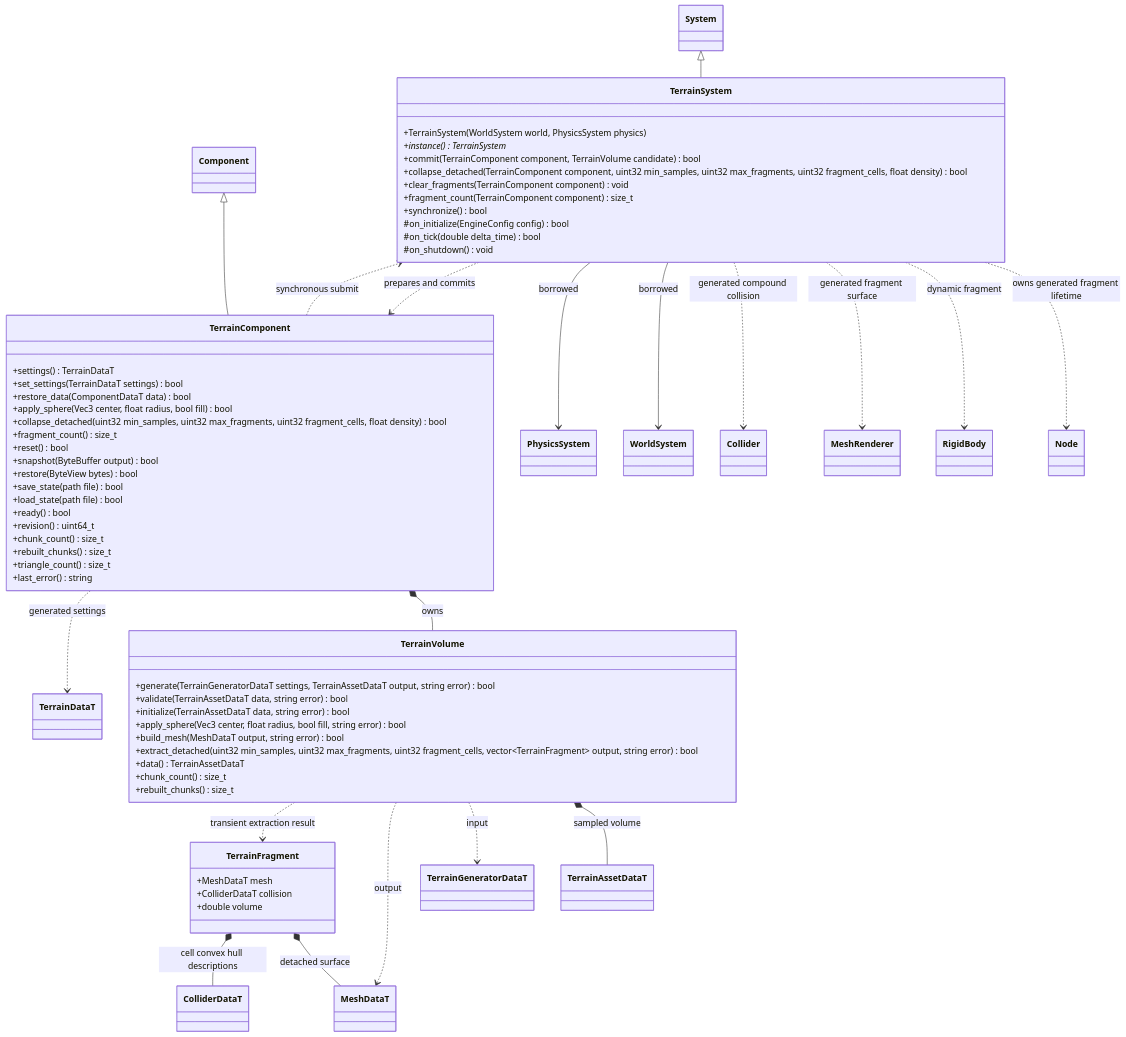
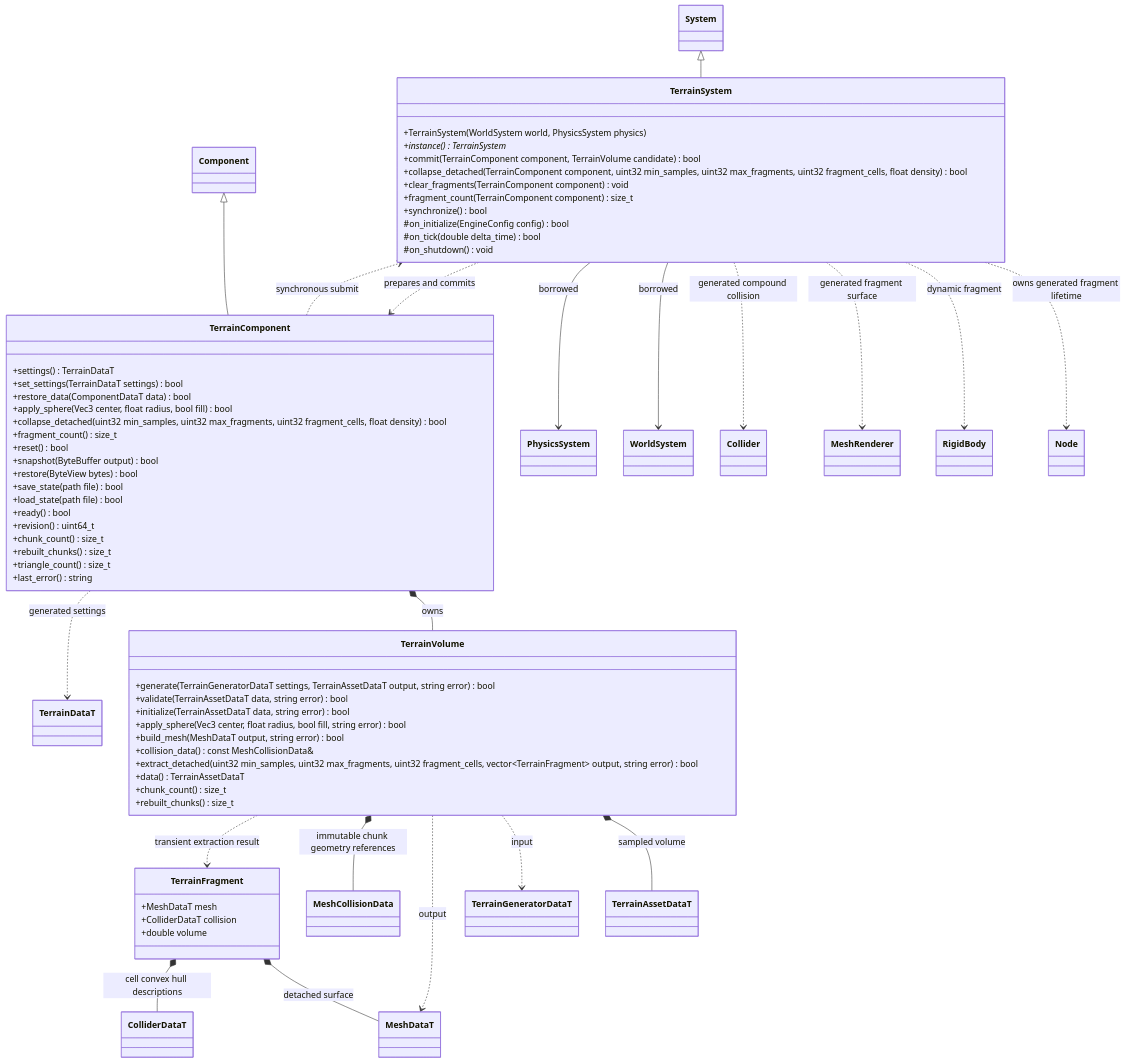
The diagram in docs/plugins/runtime/class-diagrams/terrain.md (lcals/Engine), drawn with Mermaid before and after one commit. The commit also changed other lines of this file and 82 other files, not shown here.

First line of the commit message:
perf(physics): reuse terrain collision shapes and record profiling baseline

````diff
--- a/docs/plugins/runtime/class-diagrams/terrain.md
+++ b/docs/plugins/runtime/class-diagrams/terrain.md
@@ -7,76 +7,78 @@
 ```mermaid
 classDiagram
 class System
 class Component
 class WorldSystem
 class PhysicsSystem
 class TerrainGeneratorDataT
 class TerrainAssetDataT
 class TerrainDataT
 class MeshDataT
 class TerrainFragment {
 +MeshDataT mesh
 +ColliderDataT collision
 +double volume
 }
 class TerrainVolume {
 +generate(TerrainGeneratorDataT settings, TerrainAssetDataT output, string error) bool
 +validate(TerrainAssetDataT data, string error) bool
 +initialize(TerrainAssetDataT data, string error) bool
 +apply_sphere(Vec3 center, float radius, bool fill, string error) bool
 +build_mesh(MeshDataT output, string error) bool
++collision_data() const MeshCollisionData&
 +extract_detached(uint32 min_samples, uint32 max_fragments, uint32 fragment_cells, vector~TerrainFragment~ output, string error) bool
 +data() TerrainAssetDataT
 +chunk_count() size_t
 +rebuilt_chunks() size_t
 }
 class TerrainComponent {
 +settings() TerrainDataT
 +set_settings(TerrainDataT settings) bool
 +restore_data(ComponentDataT data) bool
 +apply_sphere(Vec3 center, float radius, bool fill) bool
 +collapse_detached(uint32 min_samples, uint32 max_fragments, uint32 fragment_cells, float density) bool
 +fragment_count() size_t
 +reset() bool
 +snapshot(ByteBuffer output) bool
 +restore(ByteView bytes) bool
 +save_state(path file) bool
 +load_state(path file) bool
 +ready() bool
 +revision() uint64_t
 +chunk_count() size_t
 +rebuilt_chunks() size_t
 +triangle_count() size_t
 +last_error() string
 }
 class TerrainSystem {
 +TerrainSystem(WorldSystem world, PhysicsSystem physics)
 +instance() TerrainSystem*
 +commit(TerrainComponent component, TerrainVolume candidate) bool
 +collapse_detached(TerrainComponent component, uint32 min_samples, uint32 max_fragments, uint32 fragment_cells, float density) bool
 +clear_fragments(TerrainComponent component) void
 +fragment_count(TerrainComponent component) size_t
 +synchronize() bool
 #on_initialize(EngineConfig config) bool
 #on_tick(double delta_time) bool
 #on_shutdown() void
 }
 System <|-- TerrainSystem
 Component <|-- TerrainComponent
 TerrainComponent *-- TerrainVolume : owns
 TerrainVolume *-- TerrainAssetDataT : sampled volume
 TerrainVolume ..> TerrainGeneratorDataT : input
 TerrainVolume ..> MeshDataT : output
+TerrainVolume *-- MeshCollisionData : immutable chunk geometry references
 TerrainVolume ..> TerrainFragment : transient extraction result
 TerrainFragment *-- MeshDataT : detached surface
 TerrainFragment *-- ColliderDataT : cell convex hull descriptions
 TerrainSystem ..> Node : owns generated fragment lifetime
 TerrainSystem ..> RigidBody : dynamic fragment
 TerrainSystem ..> MeshRenderer : generated fragment surface
 TerrainSystem ..> Collider : generated compound collision
 TerrainComponent ..> TerrainDataT : generated settings
 TerrainComponent ..> TerrainSystem : synchronous submit
 TerrainSystem --> WorldSystem : borrowed
 TerrainSystem --> PhysicsSystem : borrowed
 TerrainSystem ..> TerrainComponent : prepares and commits
 ```
````
